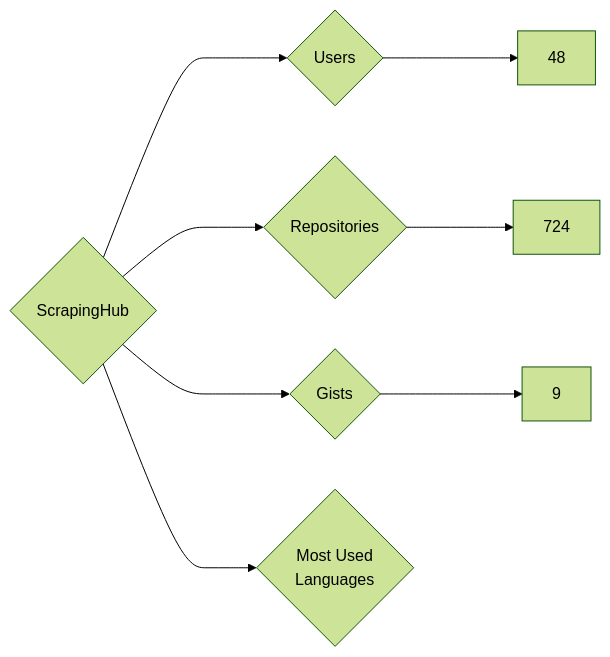
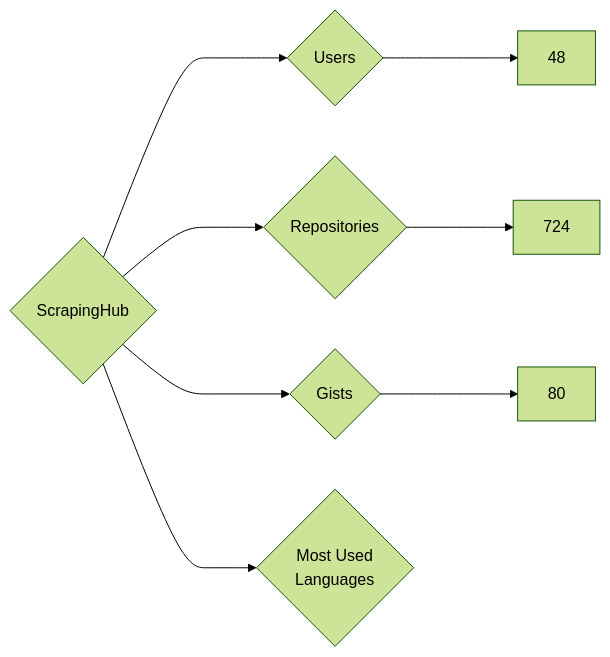
One commit to nenadzaric/insiders changed the diagram in targets/ScrapingHub/README.md. Above: the diagram before and after it, drawn with Mermaid (forest theme). The commit also changed 1342 other files, not shown here.

````diff
--- a/targets/ScrapingHub/README.md
+++ b/targets/ScrapingHub/README.md
@@ -3,8 +3,8 @@
 ```mermaid
 graph LR
 COMPANY_NAME{ScrapingHub}
 COMPANY_NAME ---> U{Users} ---> UN[48]
 COMPANY_NAME ---> R{Repositories} ---> RN[724]
-COMPANY_NAME ---> G{Gists} ---> GN[9]
+COMPANY_NAME ---> G{Gists} ---> GN[80]
 COMPANY_NAME ---> ML{Most Used<br>Languages}
 ```
````
